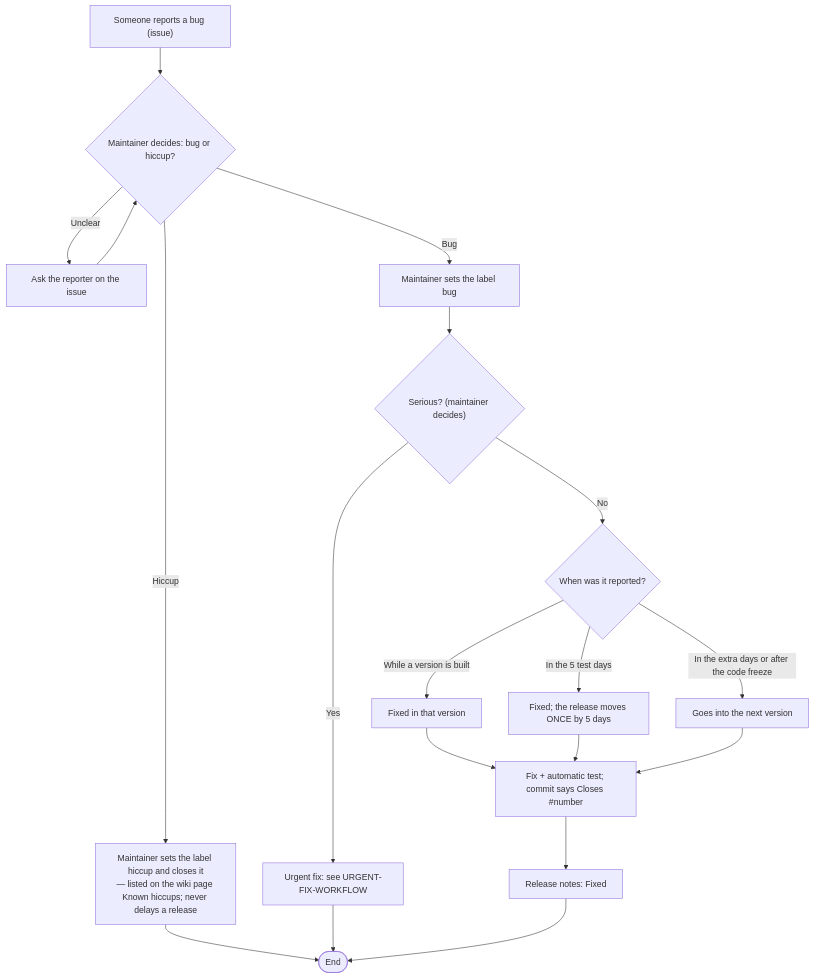
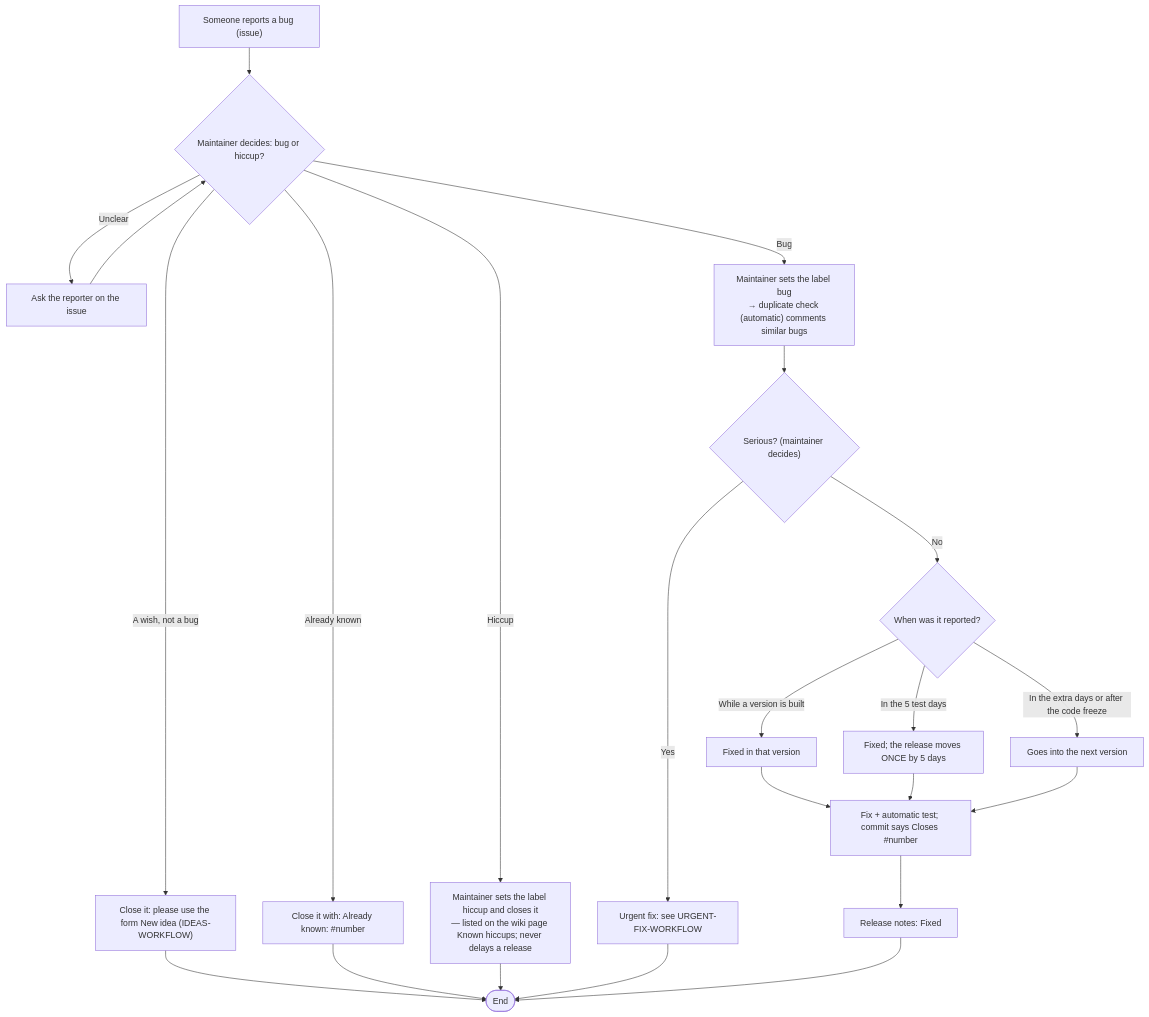
The diagram in docs/BUG-WORKFLOW.md (GFGMNET/Workspace), drawn with Mermaid before and after one commit. The commit also changed 7 other files, not shown here.

First line of the commit message:
Workflows: ideas → feature, wishes and duplicates in bug reports, security after release = urgent fix, closing a version with plans not ready; duplicate check also for bugs (and against votes)

````diff
--- a/docs/BUG-WORKFLOW.md
+++ b/docs/BUG-WORKFLOW.md
@@ -5,22 +5,26 @@
 ```mermaid
 flowchart TD
    A["Someone reports a bug (issue)"] --> B{"Maintainer decides: bug or hiccup?"}
+   B -->|A wish, not a bug| W["Close it: please use the form New idea (IDEAS-WORKFLOW)"]
+   B -->|Already known| X["Close it with: Already known: #number"]
+   W --> L
+   X --> L
    B -->|Unclear| C["Ask the reporter on the issue"]
    C --> B
    B -->|Hiccup| D["Maintainer sets the label hiccup and closes it<br/>— listed on the wiki page Known hiccups; never delays a release"]
-   B -->|Bug| E["Maintainer sets the label bug"]
+   B -->|Bug| E["Maintainer sets the label bug<br/>→ duplicate check (automatic) comments similar bugs"]
    F{"When was it reported?"}
    E --> S{"Serious? (maintainer decides)"}
    S -->|Yes| U["Urgent fix: see URGENT-FIX-WORKFLOW"]
    S -->|No| F
    F -->|While a version is built| G["Fixed in that version"]
    F -->|In the 5 test days| H["Fixed; the release moves ONCE by 5 days"]
    F -->|In the extra days or after the code freeze| I["Goes into the next version"]
    G --> J["Fix + automatic test; commit says Closes #number"]
    H --> J
    I --> J
    J --> K["Release notes: Fixed"]
    D --> L([End])
    U --> L
    K --> L
 ```
````
